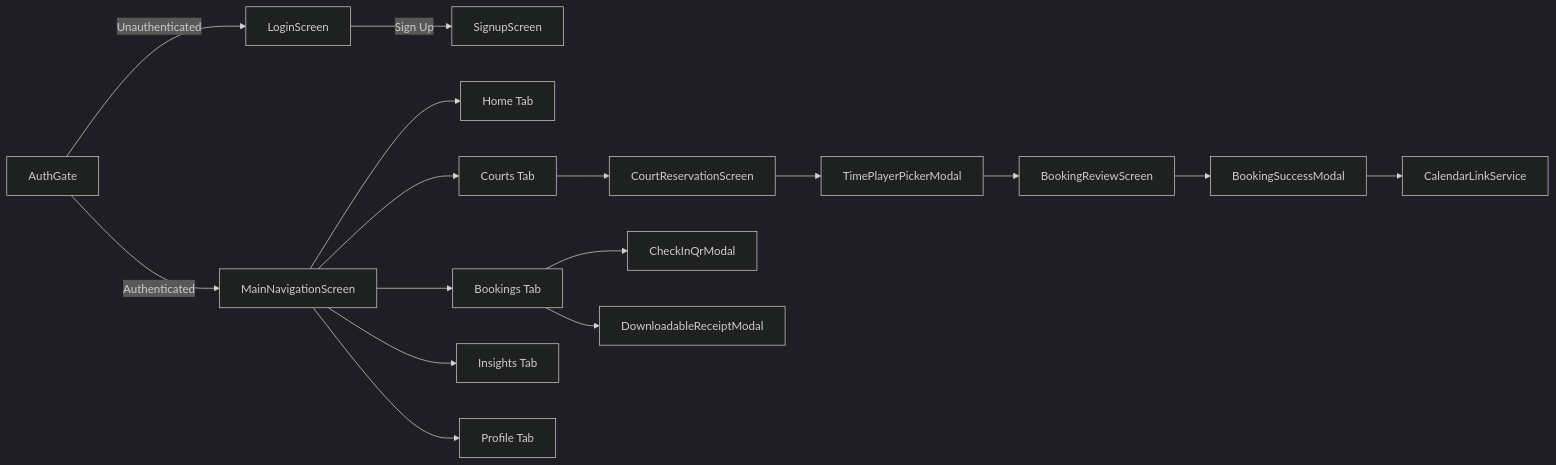
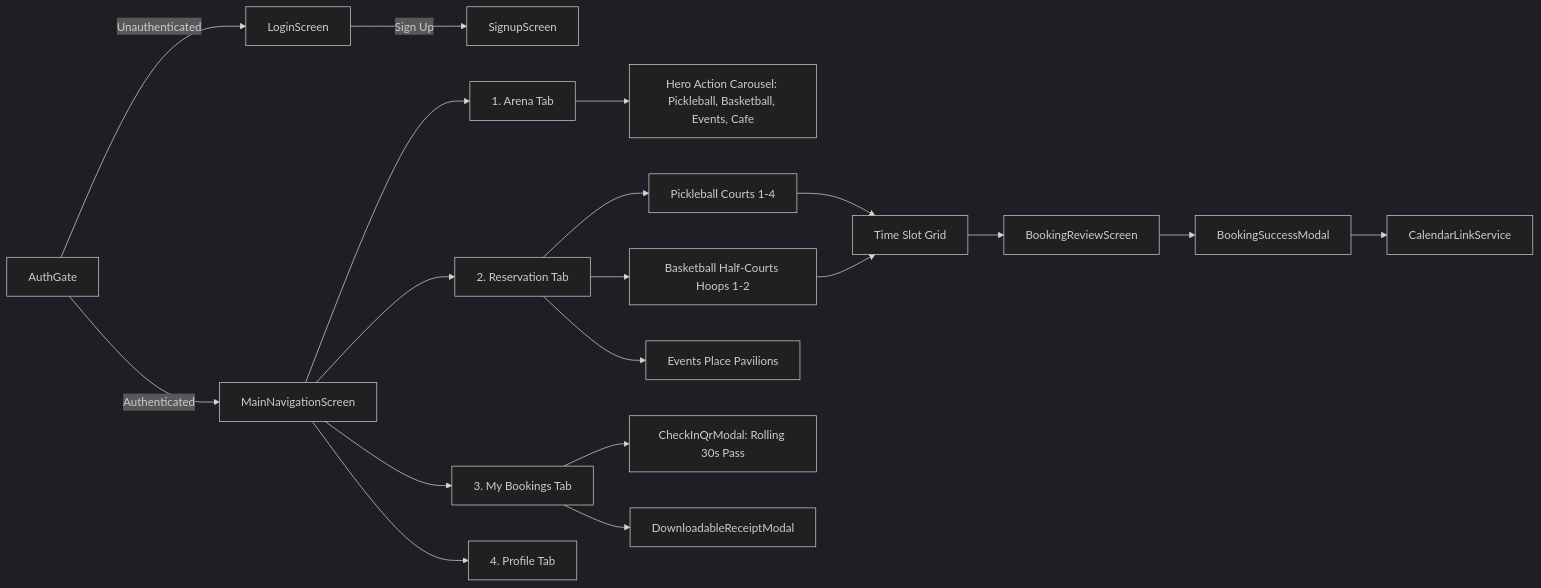
Before and after one commit to cultureshock5D/Pickleball: the first of 2 diagrams in README.md, drawn with Mermaid (dark theme). The commit also changed other lines of this file and 1 other file, not shown here.

Commit message:
docs: expand booking system guide and README with multi-resource architecture and lifecycle workflows

````diff
--- a/README.md
+++ b/README.md
@@ -86,20 +86,25 @@
 ```mermaid
 flowchart LR
     AuthGate[AuthGate] -->|Unauthenticated| Login[LoginScreen]
     AuthGate -->|Authenticated| MainNav[MainNavigationScreen]
     Login -->|Sign Up| SignUp[SignupScreen]
     
-    MainNav --> TabHome[Home Tab]
-    MainNav --> TabCourts[Courts Tab]
-    MainNav --> TabBookings[Bookings Tab]
-    MainNav --> TabInsights[Insights Tab]
-    MainNav --> TabProfile[Profile Tab]
+    MainNav --> TabArena[1. Arena Tab]
+    MainNav --> TabReservation[2. Reservation Tab]
+    MainNav --> TabBookings[3. My Bookings Tab]
+    MainNav --> TabProfile[4. Profile Tab]
 
-    TabCourts --> Reservation[CourtReservationScreen]
-    Reservation --> TimePicker[TimePlayerPickerModal]
+    TabArena --> HeroCarousel[Hero Action Carousel: Pickleball, Basketball, Events, Cafe]
+    TabReservation --> PickleballReservation[Pickleball Courts 1-4]
+    TabReservation --> BasketballReservation[Basketball Half-Courts Hoops 1-2]
+    TabReservation --> EventPlaceReservation[Events Place Pavilions]
+    
+    PickleballReservation --> TimePicker[Time Slot Grid]
+    BasketballReservation --> TimePicker
     TimePicker --> Review[BookingReviewScreen]
     Review --> SuccessModal[BookingSuccessModal]
     SuccessModal --> CalendarSync[CalendarLinkService]
-    TabBookings --> QRModal[CheckInQrModal]
+    
+    TabBookings --> QRModal[CheckInQrModal: Rolling 30s Pass]
     TabBookings --> ReceiptModal[DownloadableReceiptModal]
 ```
````
